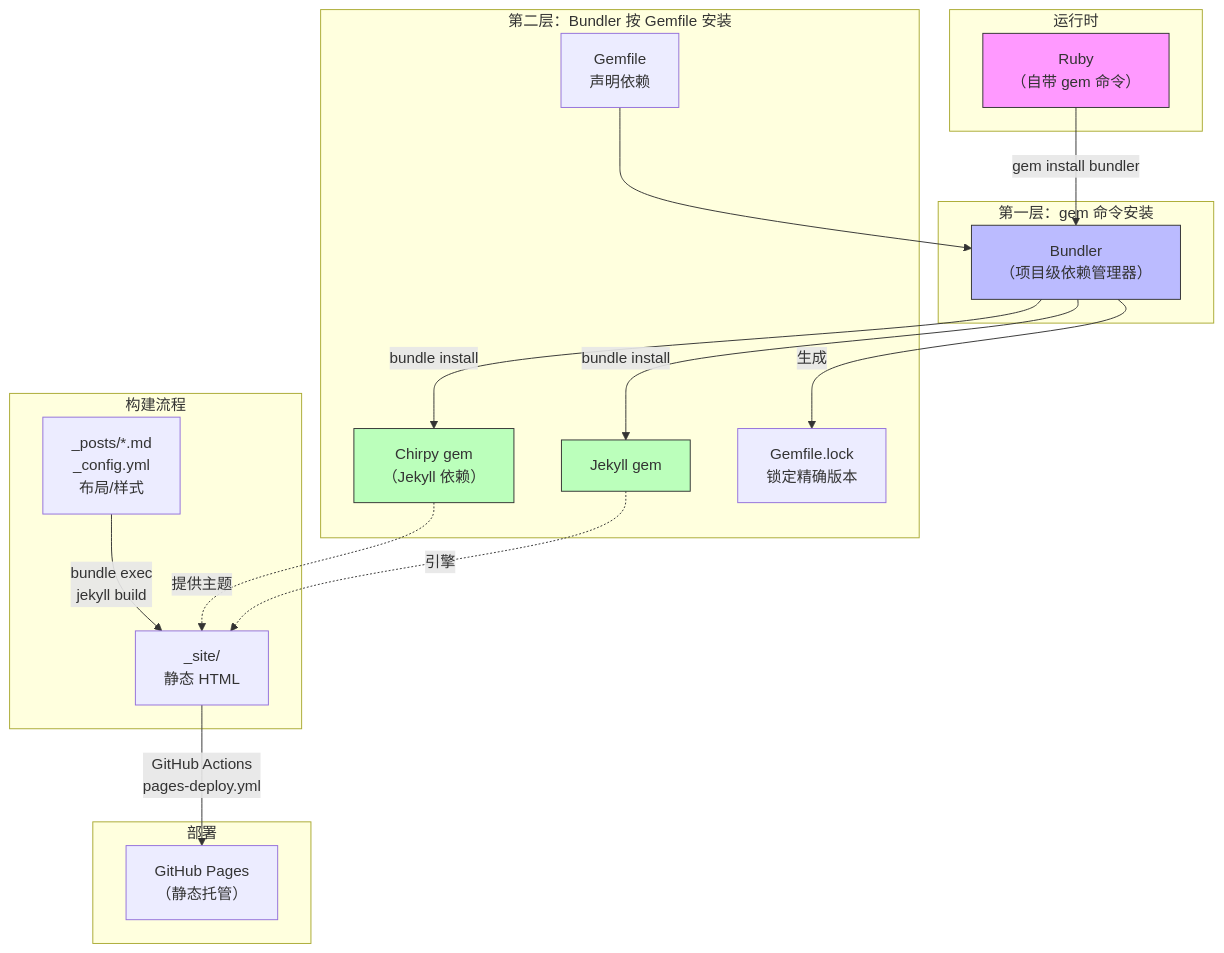
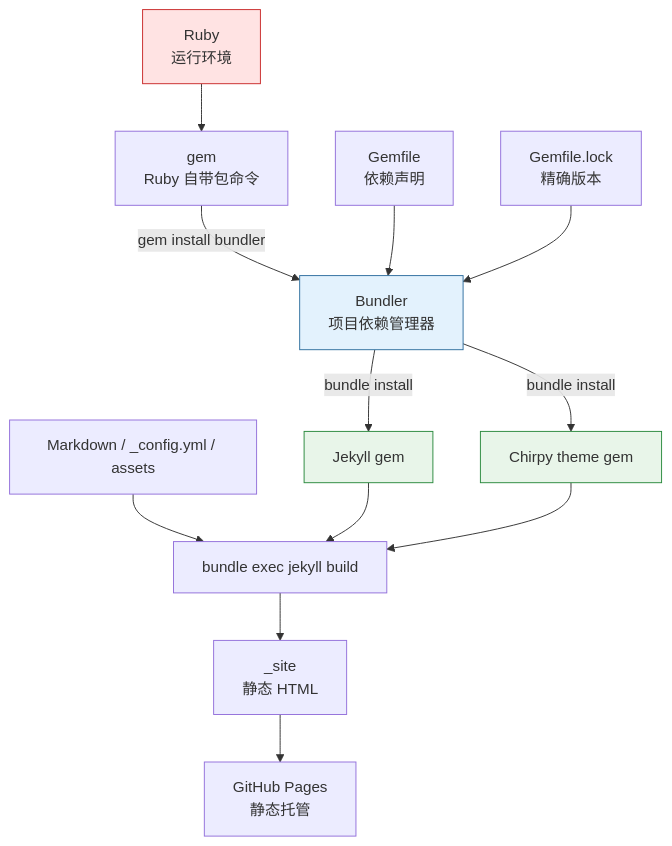
The first of 6 diagrams in _tutorials/2019-11-16-ruby-bundler-jekyll.md (puppylpg/puppylpg.github.io), drawn with Mermaid before and after one commit. The commit also changed other lines of this file and 205 other files, not shown here.

````diff
--- a/_tutorials/2019-11-16-ruby-bundler-jekyll.md
+++ b/_tutorials/2019-11-16-ruby-bundler-jekyll.md
@@ -29,32 +32,20 @@
 ```mermaid
-graph TB
-    subgraph 运行时
-        Ruby["Ruby<br/>（自带 gem 命令）"]
-    end
+flowchart TD
+    Ruby["Ruby<br/>运行环境"] --> Gem["gem<br/>Ruby 自带包命令"]
+    Gem -->|"gem install bundler"| Bundler["Bundler<br/>项目依赖管理器"]
+    Gemfile["Gemfile<br/>依赖声明"] --> Bundler
+    Lock["Gemfile.lock<br/>精确版本"] --> Bundler
+    Bundler -->|"bundle install"| Jekyll["Jekyll gem"]
+    Bundler -->|"bundle install"| Chirpy["Chirpy theme gem"]
 
-    subgraph "第一层：gem 命令安装"
-        Ruby -->|"gem install bundler"| Bundler["Bundler<br/>（项目级依赖管理器）"]
-    end
+    Source["Markdown / _config.yml / assets"] --> Build["bundle exec jekyll build"]
+    Jekyll --> Build
+    Chirpy --> Build
+    Build --> Site["_site<br/>静态 HTML"]
+    Site --> Pages["GitHub Pages<br/>静态托管"]
 
-    subgraph "第二层：Bundler 按 Gemfile 安装"
-        Gemfile["Gemfile<br/>声明依赖"] --> Bundler
-        Bundler -->|bundle install| Jekyll["Jekyll gem"]
-        Bundler -->|bundle install| Chirpy["Chirpy gem<br/>（Jekyll 依赖）"]
-        Bundler -->|"生成"| Lockfile["Gemfile.lock<br/>锁定精确版本"]
-    end
-
-    subgraph "构建流程"
-        Source["_posts/*.md<br/>_config.yml<br/>布局/样式"] -->|"bundle exec<br/>jekyll build"| Site["_site/<br/>静态 HTML"]
-        Chirpy -.->|提供主题| Site
-        Jekyll -.->|引擎| Site
-    end
-
-    subgraph "部署"
-        Site -->|"GitHub Actions<br/>pages-deploy.yml"| Pages["GitHub Pages<br/>（静态托管）"]
-    end
-
-    style Ruby fill:#f9f,stroke:#333
-    style Bundler fill:#bbf,stroke:#333
-    style Jekyll fill:#bfb,stroke:#333
-    style Chirpy fill:#bfb,stroke:#333
+    style Ruby fill:#ffe3e3,stroke:#c92a2a
+    style Bundler fill:#e3f2fd,stroke:#2f6f9f
+    style Jekyll fill:#e8f5e9,stroke:#2b8a3e
+    style Chirpy fill:#e8f5e9,stroke:#2b8a3e
 ```
````
